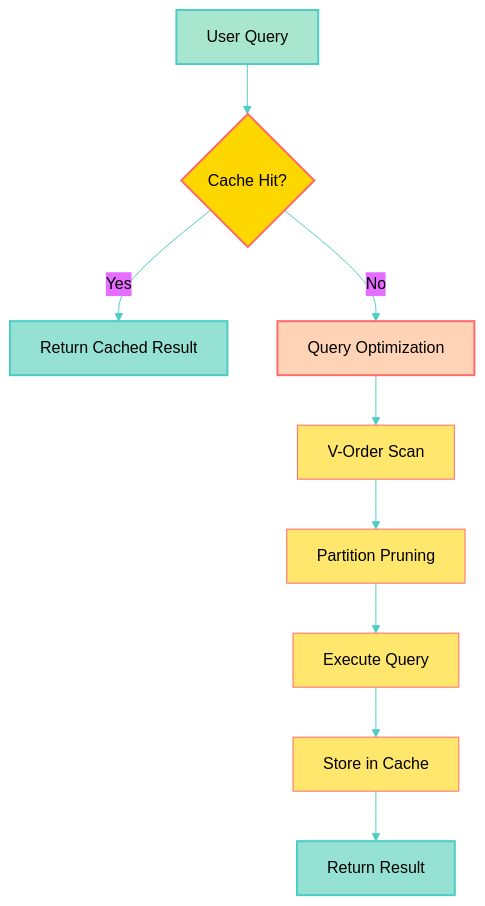
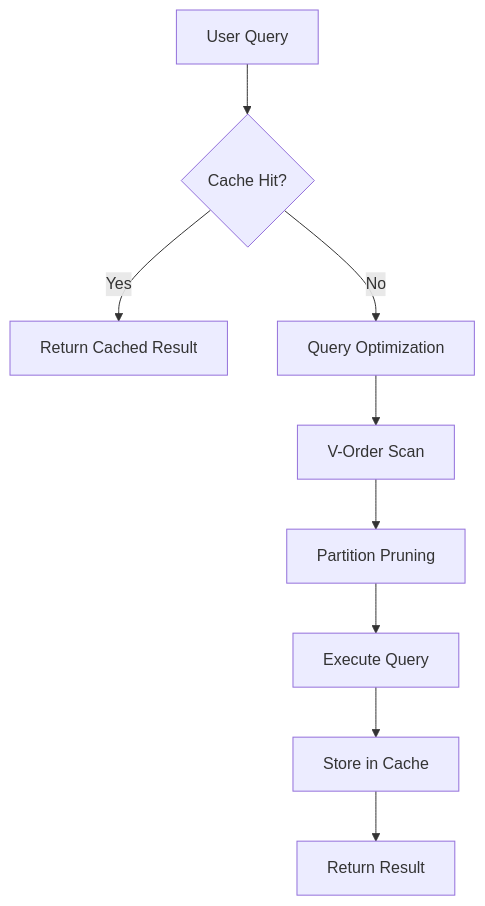
The eighth of 10 diagrams in microsoft-fabric/readme.md (MoBRUEC/MoBRUEC), drawn with Mermaid before and after one commit. The commit also changed other lines of this file, not shown here.

````diff
--- a/microsoft-fabric/readme.md
+++ b/microsoft-fabric/readme.md
@@ -396,17 +361,11 @@
 ```mermaid
-%%{init: {'theme':'base', 'themeVariables': { 'primaryColor':'#FFE66D','primaryTextColor':'#000','primaryBorderColor':'#FF6B6B','lineColor':'#4ECDC4'}}}%%
 graph TD
     Query[User Query] --> Cache{Cache Hit?}
     Cache -->|Yes| Fast[Return Cached Result]
     Cache -->|No| Optimize[Query Optimization]
     Optimize --> VOrder[V-Order Scan]
     VOrder --> Partition[Partition Pruning]
     Partition --> Execute[Execute Query]
     Execute --> Store[Store in Cache]
     Store --> Return[Return Result]
-    style Query fill:#A8E6CF,stroke:#4ECDC4,stroke-width:2px,color:#000
-    style Cache fill:#FFD700,stroke:#FF6B6B,stroke-width:2px,color:#000
-    style Fast fill:#95E1D3,stroke:#4ECDC4,stroke-width:2px,color:#000
-    style Optimize fill:#FFD3B6,stroke:#FF6B6B,stroke-width:2px,color:#000
-    style Return fill:#95E1D3,stroke:#4ECDC4,stroke-width:2px,color:#000
 ```
````
